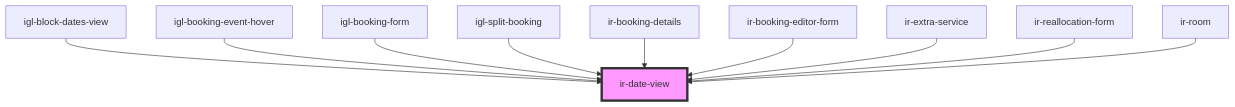
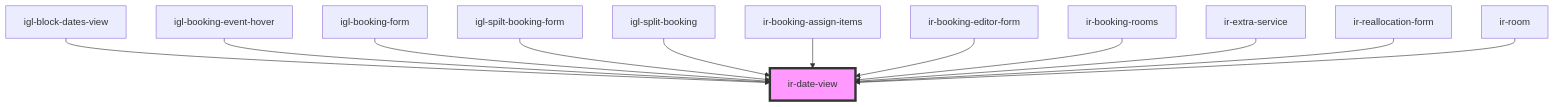
Before and after one commit to RonyRizk/ir-webcmp: the diagram in src/components/ir-date-view/readme.md, drawn with Mermaid. The commit also changed other lines of this file and 586 other files, not shown here.

````diff
--- a/src/components/ir-date-view/readme.md
+++ b/src/components/ir-date-view/readme.md
@@ -34,13 +48,15 @@
 ```mermaid
 graph TD;
   igl-block-dates-view --> ir-date-view
   igl-booking-event-hover --> ir-date-view
   igl-booking-form --> ir-date-view
+  igl-spilt-booking-form --> ir-date-view
   igl-split-booking --> ir-date-view
-  ir-booking-details --> ir-date-view
+  ir-booking-assign-items --> ir-date-view
   ir-booking-editor-form --> ir-date-view
+  ir-booking-rooms --> ir-date-view
   ir-extra-service --> ir-date-view
   ir-reallocation-form --> ir-date-view
   ir-room --> ir-date-view
   style ir-date-view fill:#f9f,stroke:#333,stroke-width:4px
 ```
````
